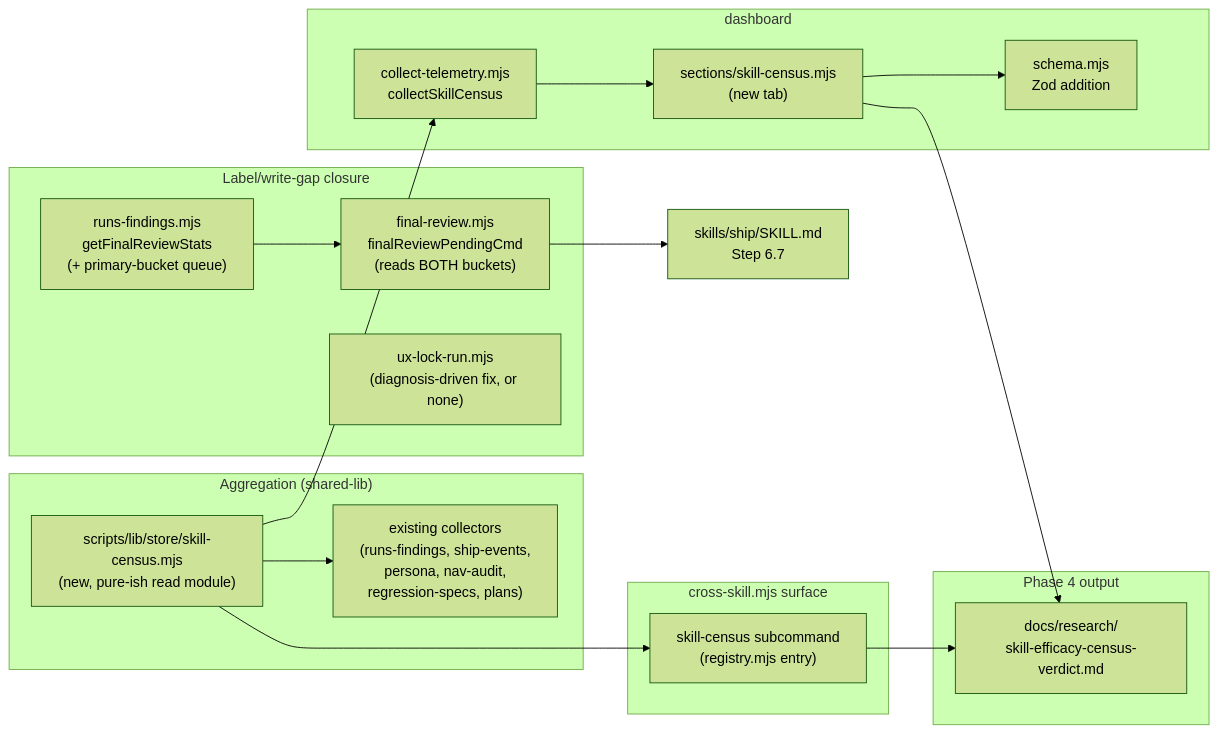
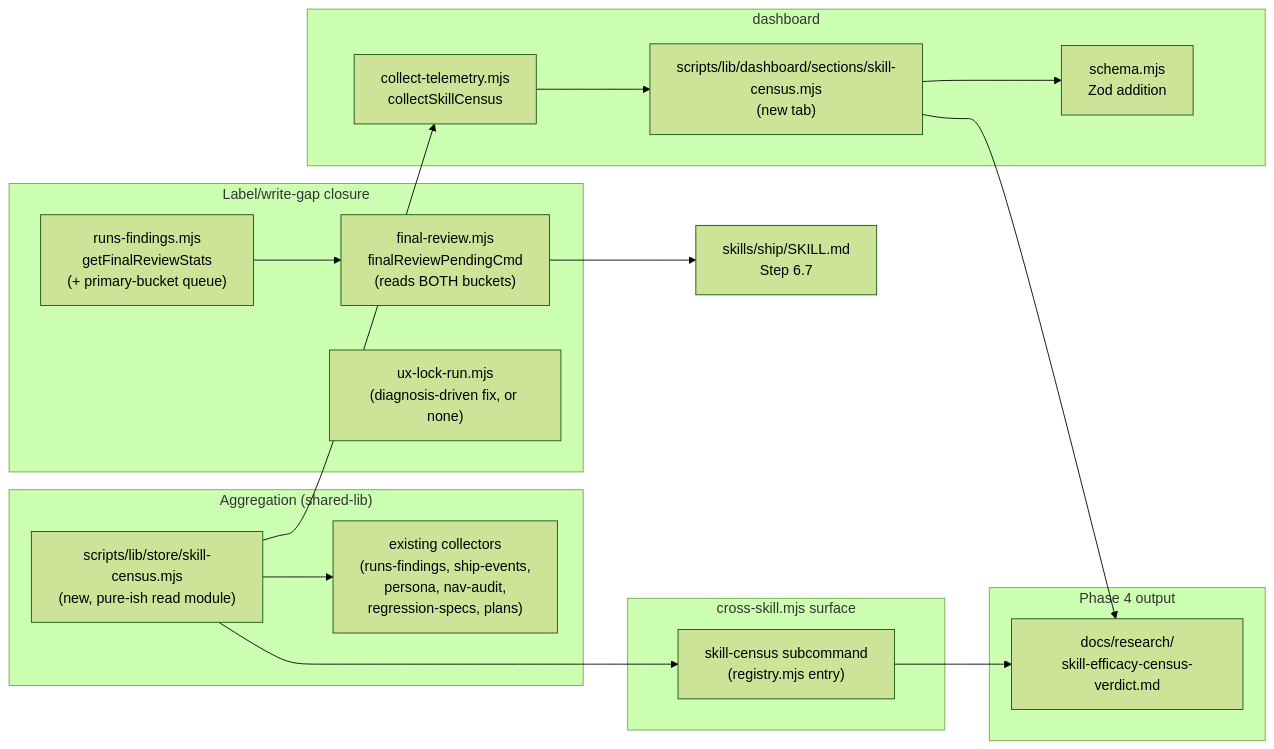
One commit to Lbstrydom/claude-engineering-skills changed the diagram in docs/plans/skill-efficacy-census.md. Above: the diagram before and after it, drawn with Mermaid (forest theme). The commit also changed other lines of this file and 11 other files, not shown here.

````diff
--- a/docs/plans/skill-efficacy-census.md
+++ b/docs/plans/skill-efficacy-census.md
@@ -261,34 +261,34 @@
 ```mermaid
 graph LR
   subgraph Read["Aggregation (shared-lib)"]
     SC["scripts/lib/store/skill-census.mjs\n(new, pure-ish read module)"]
     EX["existing collectors\n(runs-findings, ship-events,\npersona, nav-audit,\nregression-specs, plans)"]
     SC --> EX
   end
 
   subgraph Gap["Label/write-gap closure"]
     RF["runs-findings.mjs\ngetFinalReviewStats\n(+ primary-bucket queue)"]
     FRC["final-review.mjs\nfinalReviewPendingCmd\n(reads BOTH buckets)"]
     UXR["ux-lock-run.mjs\n(diagnosis-driven fix, or none)"]
   end
 
   subgraph CLI["cross-skill.mjs surface"]
     CMD["skill-census subcommand\n(registry.mjs entry)"]
   end
 
   subgraph Dash["dashboard"]
     COL["collect-telemetry.mjs\ncollectSkillCensus"]
-    SEC["sections/skill-census.mjs\n(new tab)"]
+    SEC["scripts/lib/dashboard/sections/skill-census.mjs\n(new tab)"]
     SCHEMA["schema.mjs\nZod addition"]
   end
 
   subgraph Out["Phase 4 output"]
     MEMO["docs/research/\nskill-efficacy-census-verdict.md"]
   end
 
   RF --> FRC --> SkillShip["skills/ship/SKILL.md\nStep 6.7"]
   SC --> CMD
   SC --> COL --> SEC --> SCHEMA
   CMD --> MEMO
   SEC --> MEMO
 ```
````
